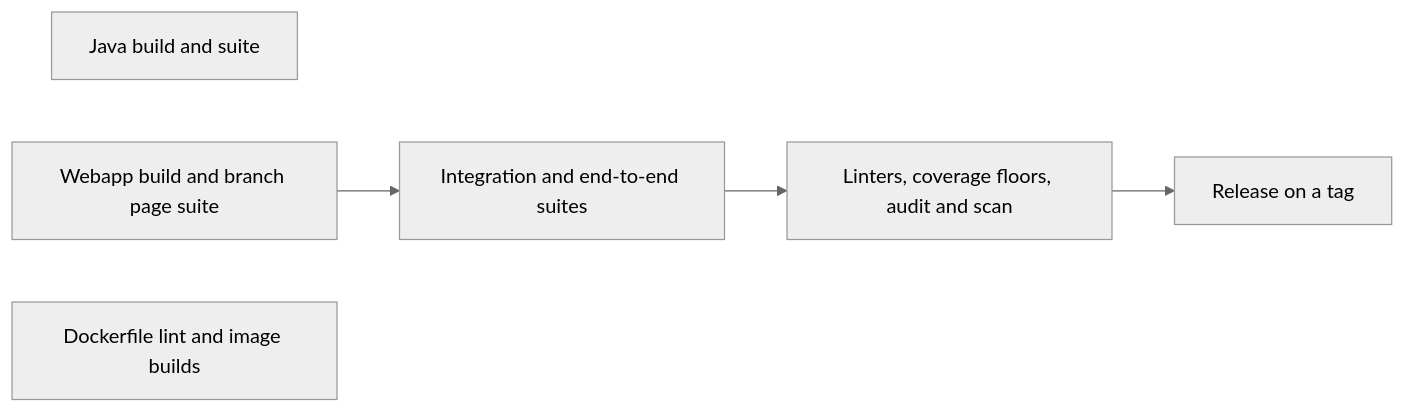
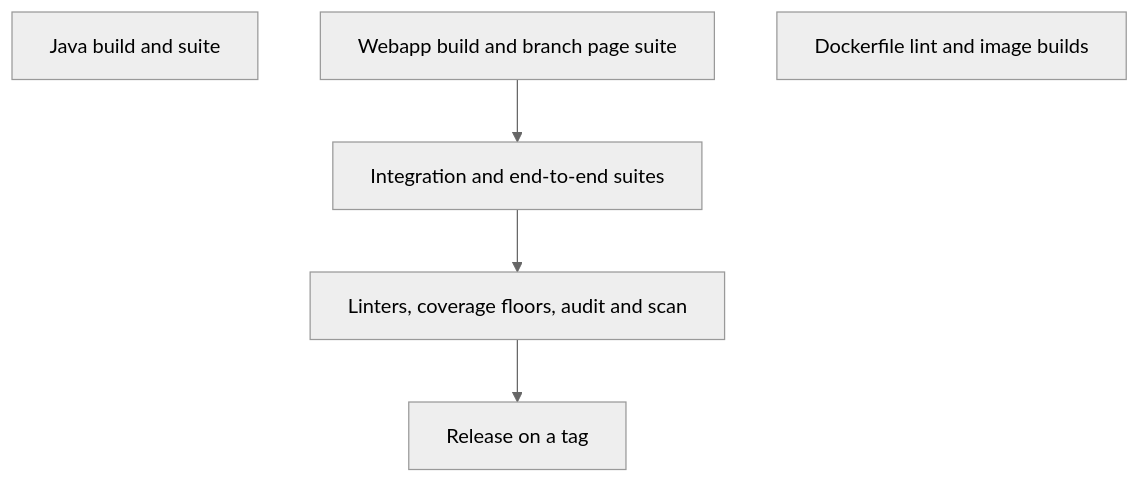
One commit to Haembina/sonarqube-branch-analysis changed the diagram in docs/testing.md. Above: the diagram before and after it, drawn with Mermaid (neutral theme). The commit also changed 2 other files, not shown here.

Commit message:
docs: draw the flowcharts top to bottom, as conventions-docs 49 writes them

````diff
--- a/docs/testing.md
+++ b/docs/testing.md
@@ -30,12 +30,13 @@
 ```mermaid
-flowchart LR
+%%{init: {"flowchart": {"wrappingWidth": 600}}}%%
+flowchart TD
   s0["Java build and suite"]
   s1["Webapp build and branch page suite"]
   s2["Dockerfile lint and image builds"]
   s3["Integration and end-to-end suites"]
   s4["Linters, coverage floors, audit and scan"]
   s5["Release on a tag"]
   s1 --> s3
   s3 --> s4
   s4 --> s5
 ```
````
